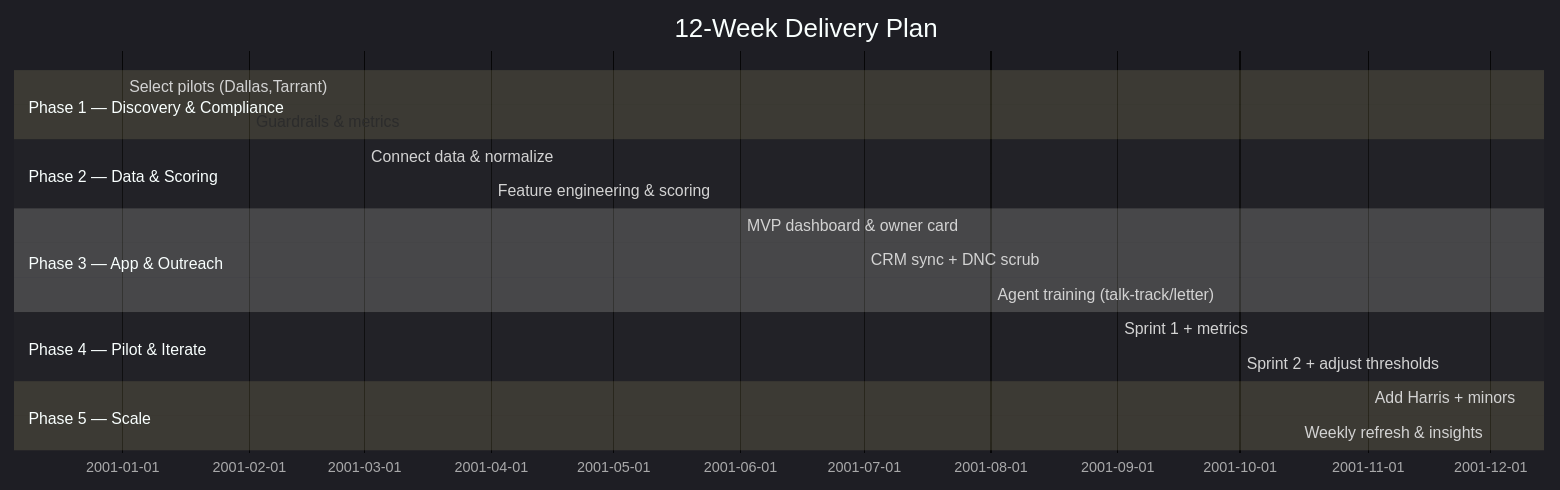
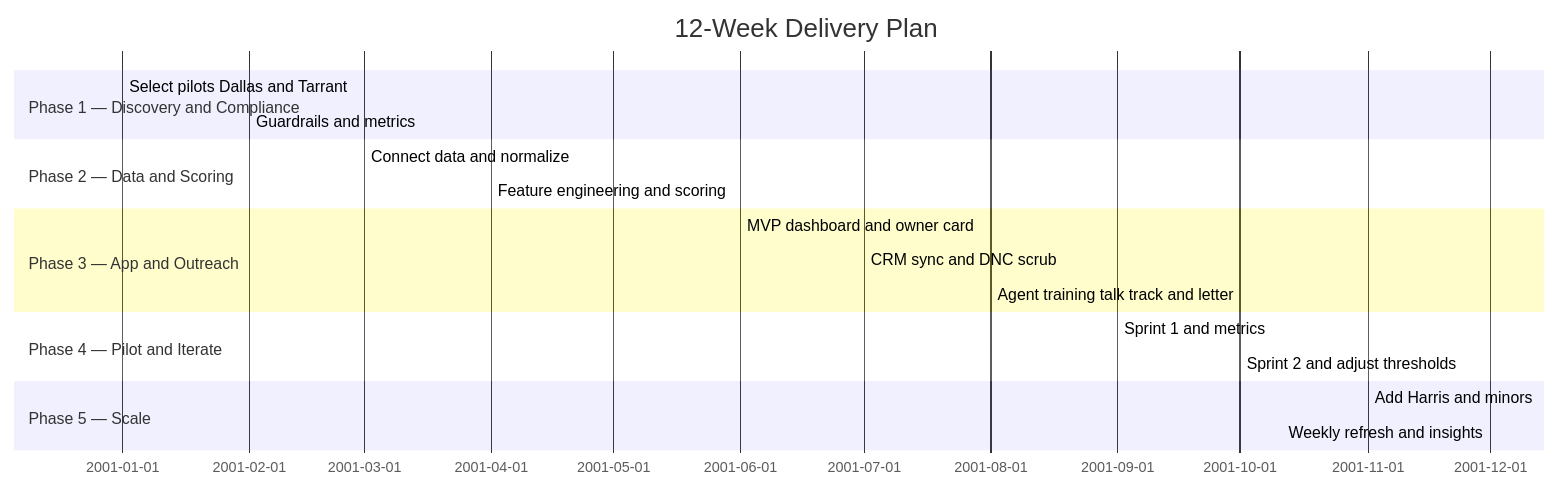
Before and after one commit to emcdo411/re-project: the fourth of 5 diagrams in README.md, drawn with Mermaid. The commit also changed other lines of this file, not shown here.

````diff
--- a/README.md
+++ b/README.md
@@ -167,22 +155,21 @@
 ```mermaid
-%%{init: {"theme":"dark"}}%%
 gantt
   dateFormat  WW
   title 12-Week Delivery Plan
-  section Phase 1 — Discovery & Compliance
-  Select pilots (Dallas,Tarrant)      :done, p1a, 01, 02
-  Guardrails & metrics                 :active, p1b, 02, 02
-  section Phase 2 — Data & Scoring
-  Connect data & normalize             :p2a, 03, 03
-  Feature engineering & scoring        :p2b, 04, 02
-  section Phase 3 — App & Outreach
-  MVP dashboard & owner card           :p3a, 06, 02
-  CRM sync + DNC scrub                 :p3b, 07, 01
-  Agent training (talk-track/letter)   :p3c, 08, 01
-  section Phase 4 — Pilot & Iterate
-  Sprint 1 + metrics                   :p4a, 09, 01
-  Sprint 2 + adjust thresholds         :p4b, 10, 01
+  section Phase 1 — Discovery and Compliance
+  Select pilots Dallas and Tarrant      :done, p1a, 01, 02
+  Guardrails and metrics                 :active, p1b, 02, 02
+  section Phase 2 — Data and Scoring
+  Connect data and normalize             :p2a, 03, 03
+  Feature engineering and scoring        :p2b, 04, 02
+  section Phase 3 — App and Outreach
+  MVP dashboard and owner card           :p3a, 06, 02
+  CRM sync and DNC scrub                 :p3b, 07, 01
+  Agent training talk track and letter   :p3c, 08, 01
+  section Phase 4 — Pilot and Iterate
+  Sprint 1 and metrics                   :p4a, 09, 01
+  Sprint 2 and adjust thresholds         :p4b, 10, 01
   section Phase 5 — Scale
-  Add Harris + minors                  :p5a, 11, 01
-  Weekly refresh & insights            :p5b, 12, 01
+  Add Harris and minors                  :p5a, 11, 01
+  Weekly refresh and insights            :p5b, 12, 01
 ```
````
